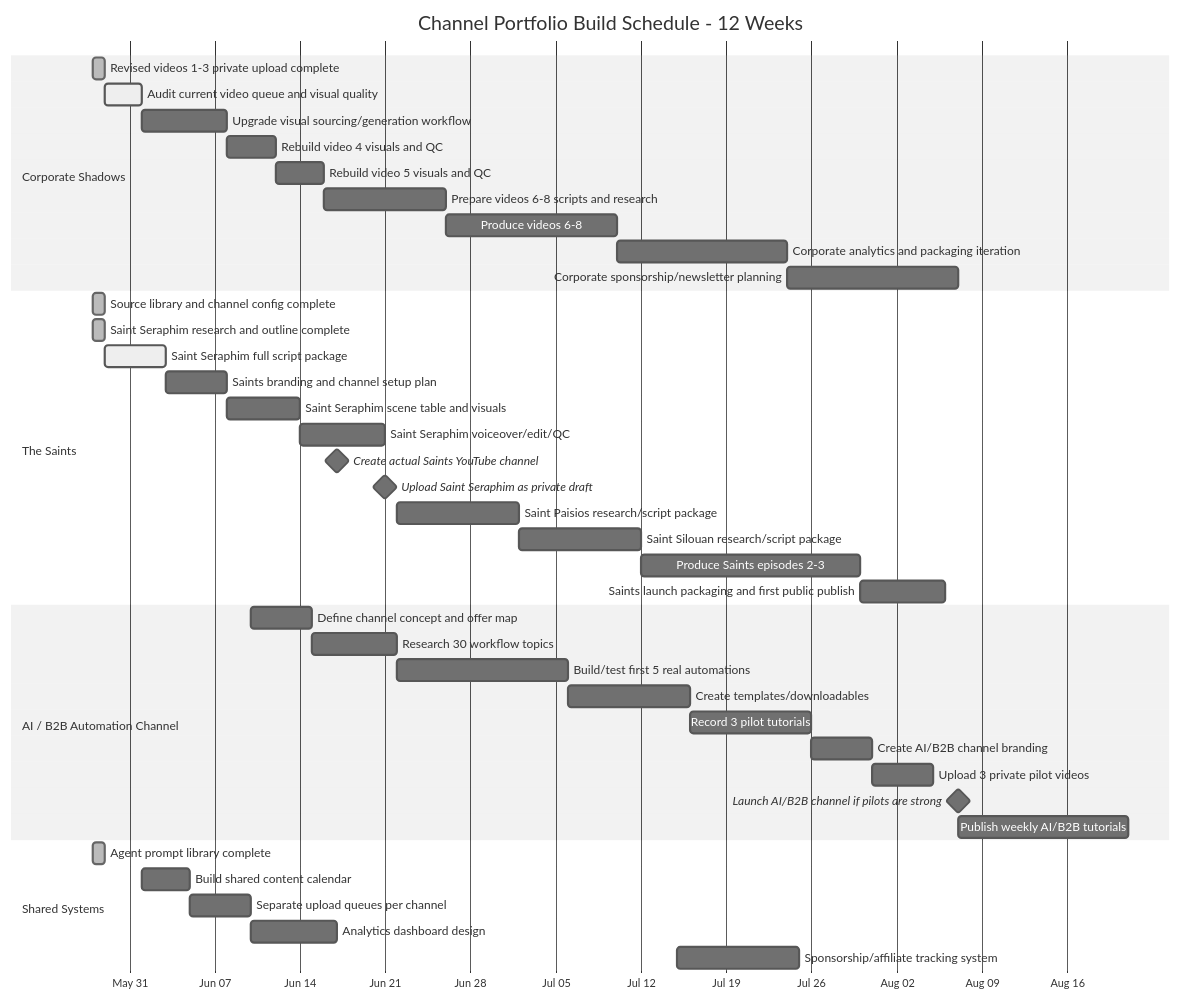
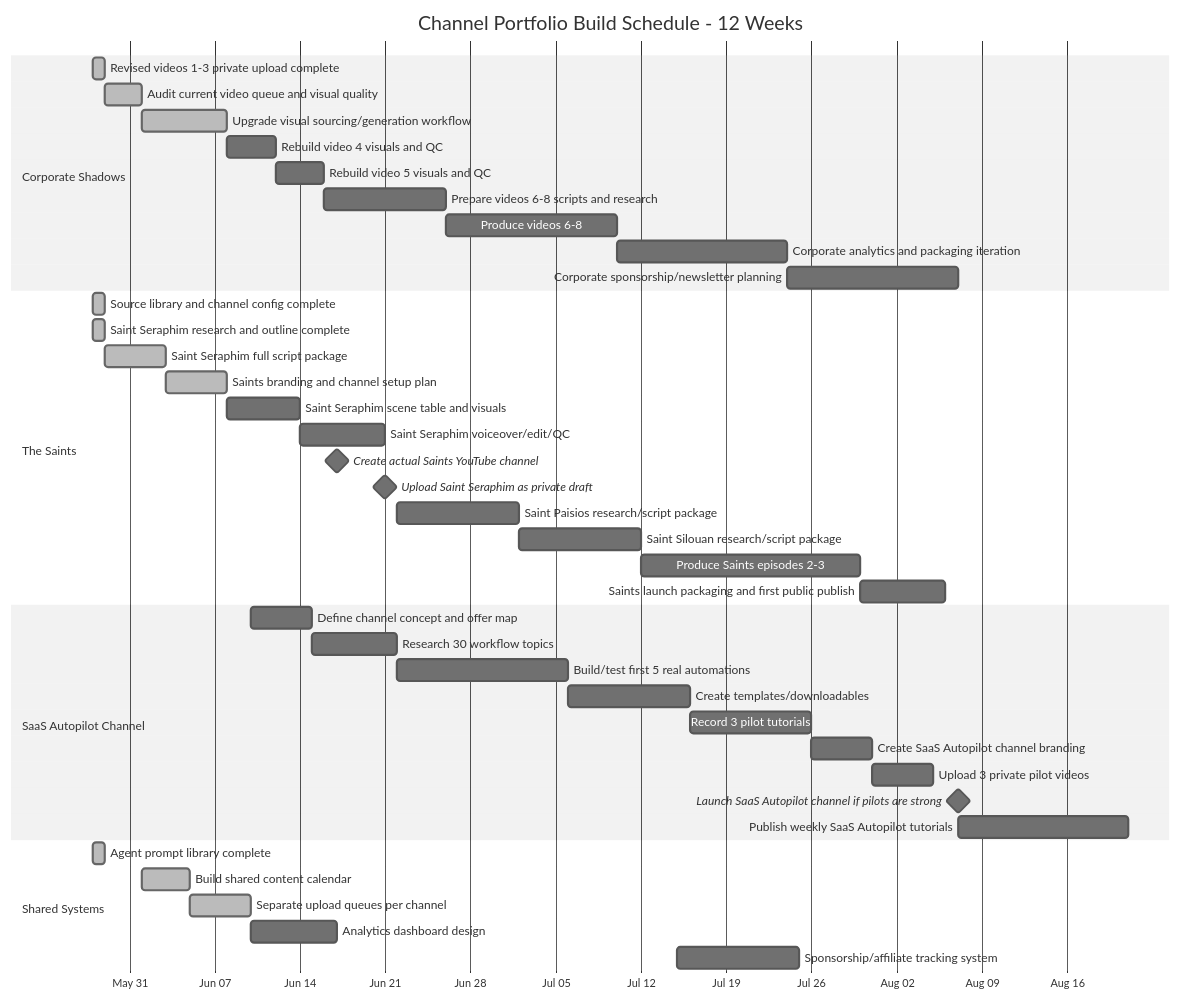
Before and after one commit to vlkovalev/faceless-youtube-creator: the diagram in docs/channel_portfolio_gantt_schedule.md, drawn with Mermaid (neutral theme). The commit also changed other lines of this file and 1479 other files, not shown here.

Commit message:
feat(saints): implement pilot upgrades for Video 2 with candlelight flicker, vignette pulsation, and burned-in subtitles

````diff
--- a/docs/channel_portfolio_gantt_schedule.md
+++ b/docs/channel_portfolio_gantt_schedule.md
@@ -16,49 +16,49 @@
 ```mermaid
 gantt
     title Channel Portfolio Build Schedule - 12 Weeks
     dateFormat  YYYY-MM-DD
     axisFormat  %b %d
 
     section Corporate Shadows
     Revised videos 1-3 private upload complete      :done, cs1, 2026-05-28, 1d
-    Audit current video queue and visual quality    :active, cs2, 2026-05-29, 3d
-    Upgrade visual sourcing/generation workflow     :cs3, 2026-06-01, 7d
+    Audit current video queue and visual quality    :done, cs2, 2026-05-29, 3d
+    Upgrade visual sourcing/generation workflow     :done, cs3, 2026-06-01, 7d
     Rebuild video 4 visuals and QC                  :cs4, 2026-06-08, 4d
     Rebuild video 5 visuals and QC                  :cs5, 2026-06-12, 4d
     Prepare videos 6-8 scripts and research         :cs6, 2026-06-16, 10d
     Produce videos 6-8                              :cs7, 2026-06-26, 14d
     Corporate analytics and packaging iteration     :cs8, 2026-07-10, 14d
     Corporate sponsorship/newsletter planning       :cs9, 2026-07-24, 14d
 
     section The Saints
     Source library and channel config complete      :done, st1, 2026-05-28, 1d
     Saint Seraphim research and outline complete    :done, st2, 2026-05-28, 1d
-    Saint Seraphim full script package              :active, st3, 2026-05-29, 5d
-    Saints branding and channel setup plan          :st4, 2026-06-03, 5d
+    Saint Seraphim full script package              :done, st3, 2026-05-29, 5d
+    Saints branding and channel setup plan          :done, st4, 2026-06-03, 5d
     Saint Seraphim scene table and visuals          :st5, 2026-06-08, 6d
     Saint Seraphim voiceover/edit/QC                :st6, 2026-06-14, 7d
     Create actual Saints YouTube channel            :milestone, st7, 2026-06-17, 0d
     Upload Saint Seraphim as private draft          :milestone, st8, 2026-06-21, 0d
     Saint Paisios research/script package           :st9, 2026-06-22, 10d
     Saint Silouan research/script package           :st10, 2026-07-02, 10d
     Produce Saints episodes 2-3                     :st11, 2026-07-12, 18d
     Saints launch packaging and first public publish:st12, 2026-07-30, 7d
 
-    section AI / B2B Automation Channel
+    section SaaS Autopilot Channel
     Define channel concept and offer map            :ai1, 2026-06-10, 5d
     Research 30 workflow topics                     :ai2, 2026-06-15, 7d
     Build/test first 5 real automations             :ai3, 2026-06-22, 14d
     Create templates/downloadables                  :ai4, 2026-07-06, 10d
     Record 3 pilot tutorials                        :ai5, 2026-07-16, 10d
-    Create AI/B2B channel branding                  :ai6, 2026-07-26, 5d
+    Create SaaS Autopilot channel branding                  :ai6, 2026-07-26, 5d
     Upload 3 private pilot videos                   :ai7, 2026-07-31, 5d
-    Launch AI/B2B channel if pilots are strong      :milestone, ai8, 2026-08-07, 0d
-    Publish weekly AI/B2B tutorials                 :ai9, 2026-08-07, 14d
+    Launch SaaS Autopilot channel if pilots are strong      :milestone, ai8, 2026-08-07, 0d
+    Publish weekly SaaS Autopilot tutorials                 :ai9, 2026-08-07, 14d
 
     section Shared Systems
     Agent prompt library complete                   :done, sys1, 2026-05-28, 1d
-    Build shared content calendar                   :sys2, 2026-06-01, 4d
-    Separate upload queues per channel              :sys3, 2026-06-05, 5d
+    Build shared content calendar                   :done, sys2, 2026-06-01, 4d
+    Separate upload queues per channel              :done, sys3, 2026-06-05, 5d
     Analytics dashboard design                      :sys4, 2026-06-10, 7d
     Sponsorship/affiliate tracking system           :sys5, 2026-07-15, 10d
 ```
````
